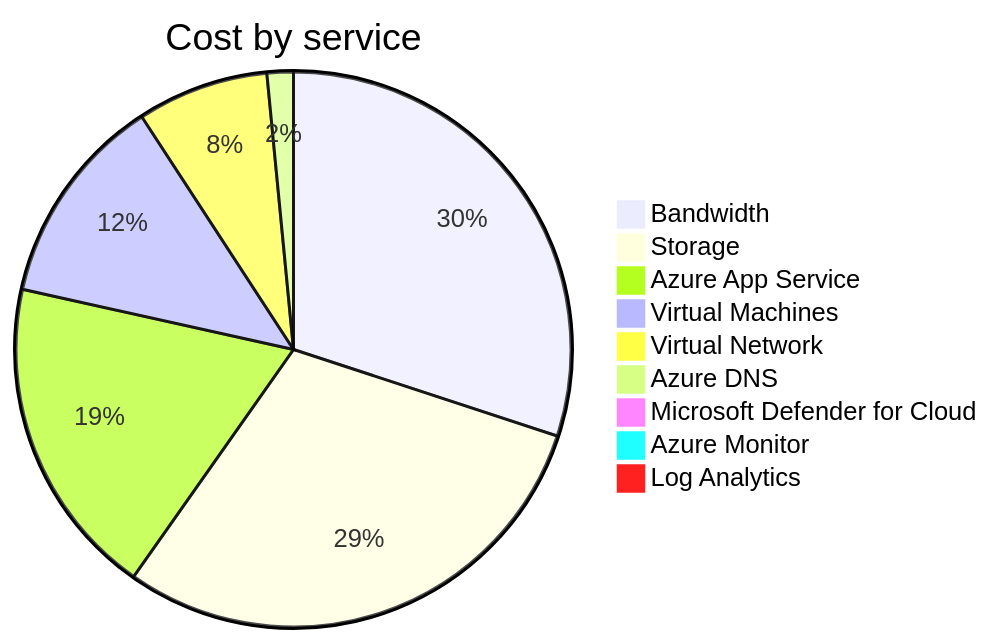
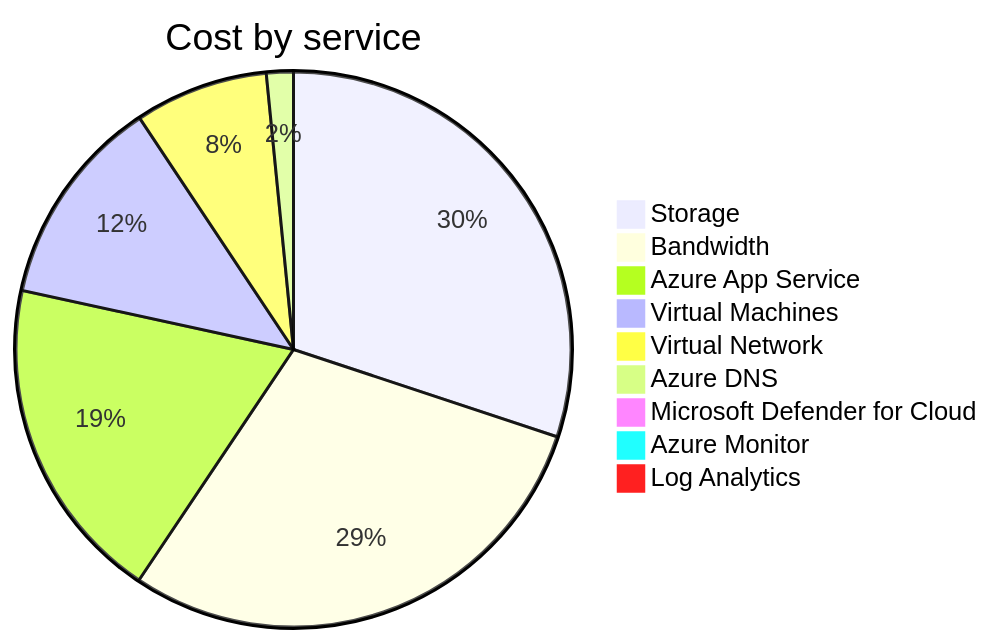
One commit to jpfulton/azure-personal-reports changed the second of 4 diagrams in cost-reports/accumulated-cost.md. Above: the diagram before and after it, drawn with Mermaid. The commit also changed other lines of this file and 4 other files, not shown here.

````diff
--- a/cost-reports/accumulated-cost.md
+++ b/cost-reports/accumulated-cost.md
@@ -99,13 +99,13 @@
 ```mermaid
 pie
    title Cost by service
-   "Bandwidth" : 4.51
-   "Storage" : 4.46
-   "Azure App Service" : 2.81
-   "Virtual Machines" : 1.85
-   "Virtual Network" : 1.15
-   "Azure DNS" : 0.23
-   "Microsoft Defender for Cloud" : 0.12
+   "Storage" : 5.38
+   "Bandwidth" : 5.24
+   "Azure App Service" : 3.40
+   "Virtual Machines" : 2.19
+   "Virtual Network" : 1.39
+   "Azure DNS" : 0.28
+   "Microsoft Defender for Cloud" : 0.14
    "Azure Monitor" : 0.00
    "Log Analytics" : 0.00
 ```
````
